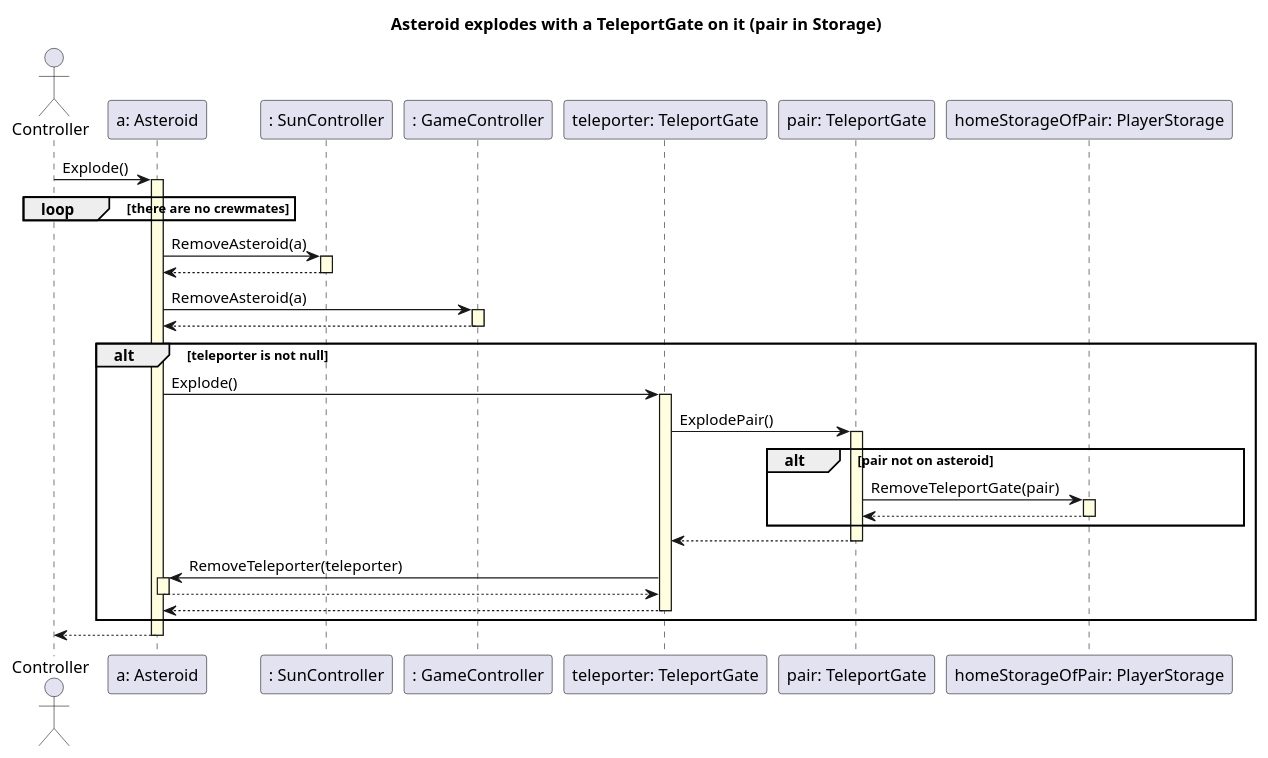
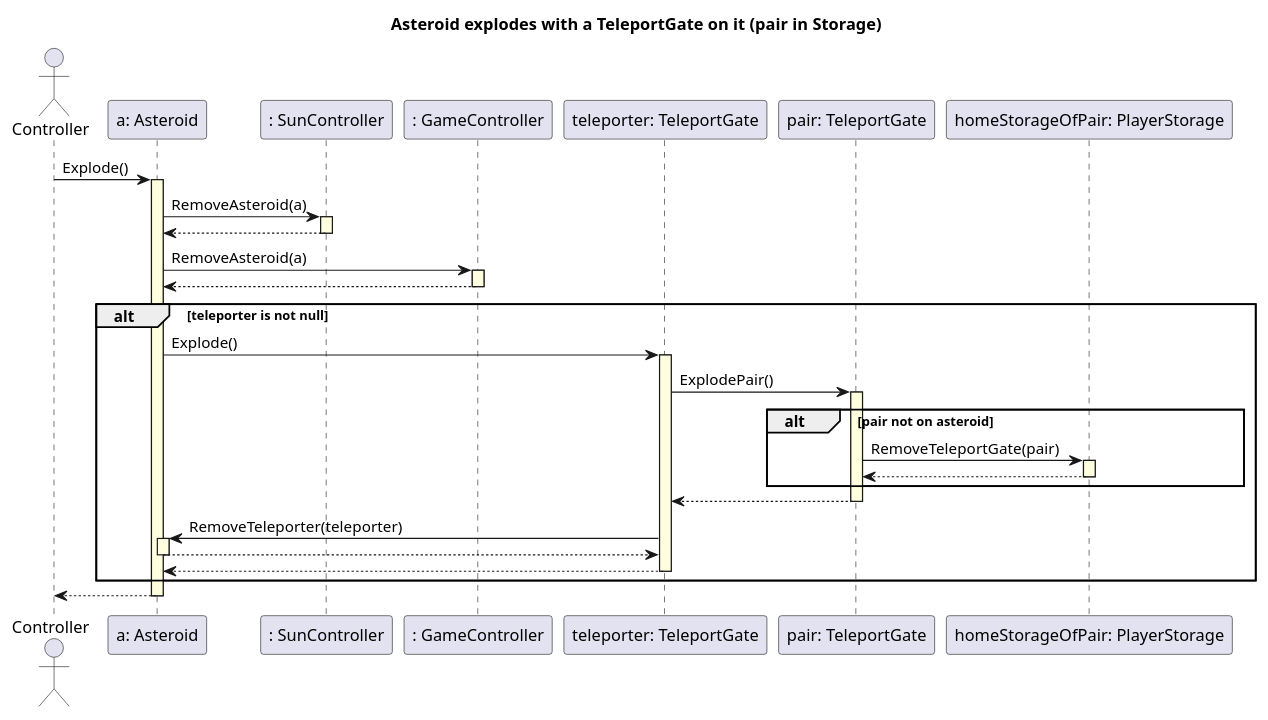
One commit to triszt4n/projlab_holy_oil changed the diagram in uml/aster_expl_w_teleport2.plantuml. Above: the diagram before and after it, drawn with PlantUML. The commit also changed 4 other files, not shown here.

```diff
--- a/uml/aster_expl_w_teleport2.plantuml
+++ b/uml/aster_expl_w_teleport2.plantuml
@@ -1,50 +1,47 @@
 @startuml
 skinparam SequenceLifeLineBackgroundColor LightYellow
 
 title "Asteroid explodes with a TeleportGate on it (pair in Storage)"
 
 actor Controller as C
 
 participant "a: Asteroid" as a
 participant ": SunController" as sun
 participant ": GameController" as game
 participant "teleporter: TeleportGate" as tport
 participant "pair: TeleportGate" as pair
 participant "homeStorageOfPair: PlayerStorage" as home2
 
 C -> a ++ : Explode()
-
-loop there are no crewmates
-end
 
 a -> sun ++ : RemoveAsteroid(a)
 sun --> a --
 
 a -> game ++ : RemoveAsteroid(a)
 game --> a --
 
 alt teleporter is not null
 
     a -> tport ++ : Explode()
 
         tport -> pair ++ : ExplodePair()
 
             alt pair not on asteroid
 
                 pair -> home2 ++ : RemoveTeleportGate(pair)
                 home2 --> pair --
 
             end
         
         pair --> tport --
 
         tport -> a ++ : RemoveTeleporter(teleporter)
         a --> tport --
 
     tport --> a --
 
 end
 
 a --> C --
 
 @enduml
```
